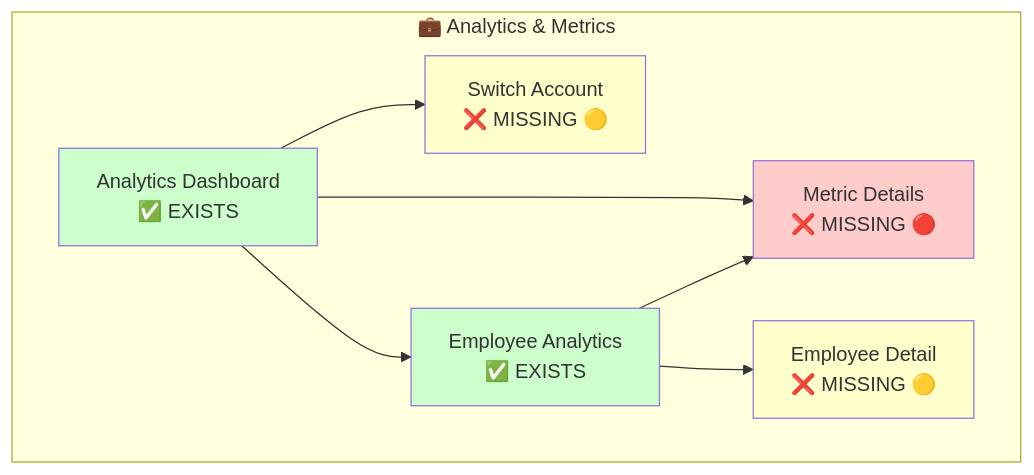
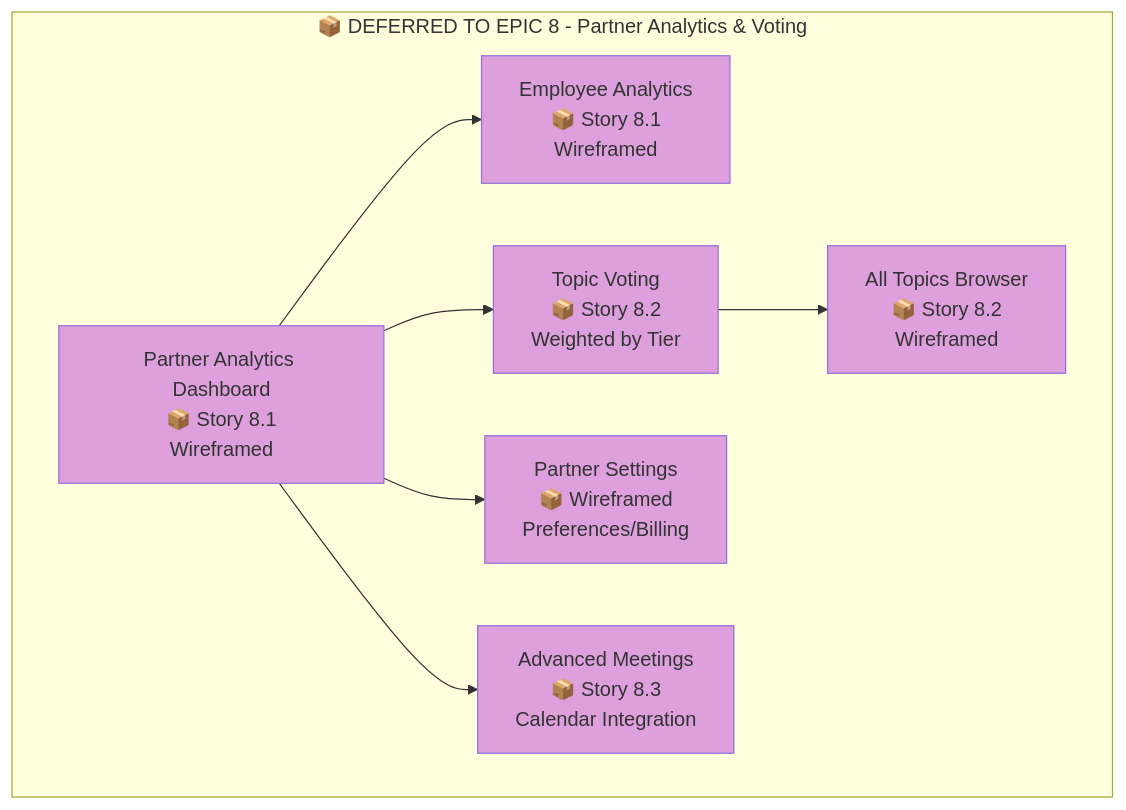
Diagram 11 of 28 in docs/wireframes/sitemap-mermaid.md (nissimbuchs/BATbern2), drawn with Mermaid before and after one commit. The commit also changed other lines of this file and 1008 other files, not shown here.

````diff
--- a/docs/wireframes/sitemap-mermaid.md
+++ b/docs/wireframes/sitemap-mermaid.md
@@ -280,22 +361,24 @@
 ```mermaid
 graph TB
-    subgraph "💼 Analytics & Metrics"
-        Dashboard[Analytics Dashboard<br/>✅ EXISTS]
-        SwitchAcct[Switch Account<br/>❌ MISSING 🟡]
-        MetricDetail[Metric Details<br/>❌ MISSING 🔴]
-        EmpAnalytics[Employee Analytics<br/>✅ EXISTS]
-        EmpDetail[Employee Detail<br/>❌ MISSING 🟡]
+    subgraph "📦 DEFERRED TO EPIC 8 - Partner Analytics & Voting"
+        Analytics[Partner Analytics Dashboard<br/>📦 Story 8.1<br/>Wireframed]
+        EmpAnalytics[Employee Analytics<br/>📦 Story 8.1<br/>Wireframed]
+        TopicVote[Topic Voting<br/>📦 Story 8.2<br/>Weighted by Tier]
+        TopicBrowser[All Topics Browser<br/>📦 Story 8.2<br/>Wireframed]
+        PartnerSettings[Partner Settings<br/>📦 Wireframed<br/>Preferences/Billing]
+        AdvMeetings[Advanced Meetings<br/>📦 Story 8.3<br/>Calendar Integration]
     end
 
-    Dashboard --> SwitchAcct
-    Dashboard --> MetricDetail
-    Dashboard --> EmpAnalytics
-    EmpAnalytics --> MetricDetail
-    EmpAnalytics --> EmpDetail
+    Analytics --> EmpAnalytics
+    Analytics --> TopicVote
+    TopicVote --> TopicBrowser
+    Analytics --> PartnerSettings
+    Analytics --> AdvMeetings
 
-    style Dashboard fill:#ccffcc
-    style EmpAnalytics fill:#ccffcc
-    style MetricDetail fill:#ffcccc
-    style SwitchAcct fill:#ffffcc
-    style EmpDetail fill:#ffffcc
+    style Analytics fill:#DDA0DD
+    style EmpAnalytics fill:#DDA0DD
+    style TopicVote fill:#DDA0DD
+    style TopicBrowser fill:#DDA0DD
+    style PartnerSettings fill:#DDA0DD
+    style AdvMeetings fill:#DDA0DD
 ```
````
